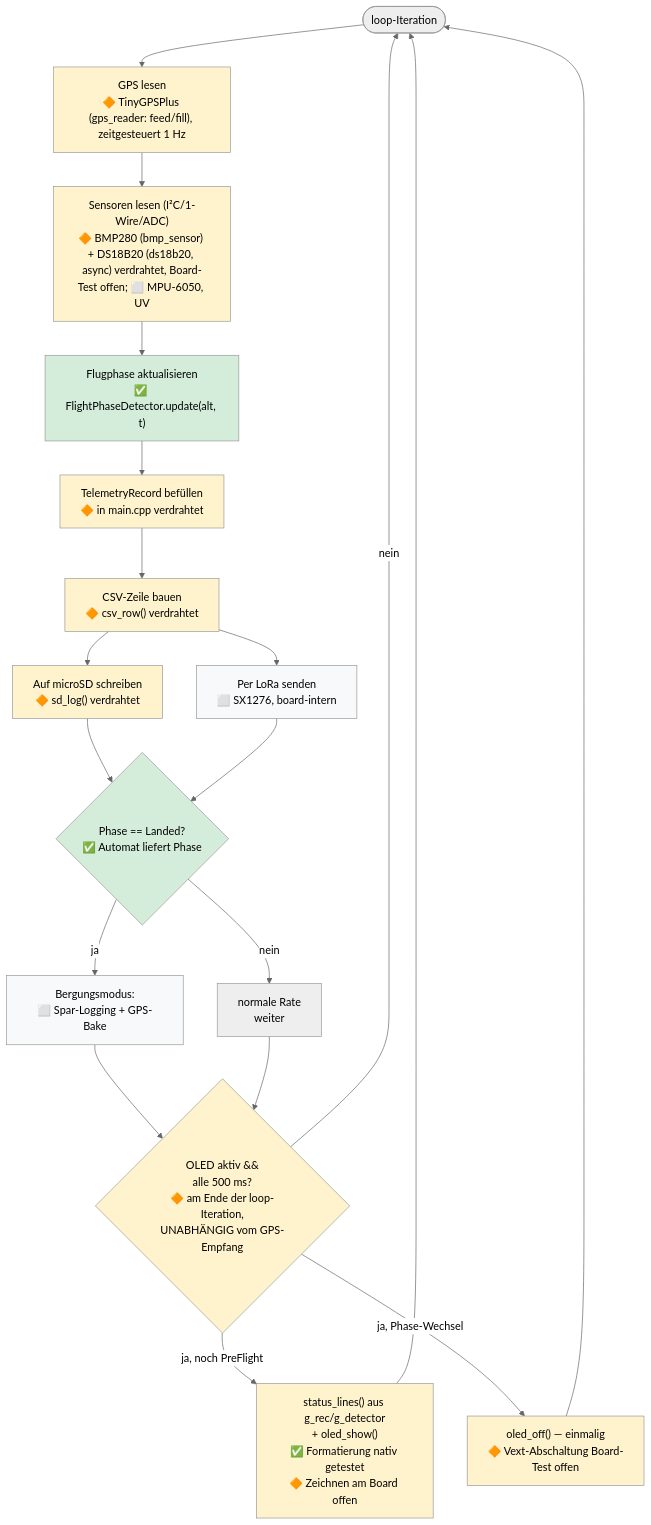
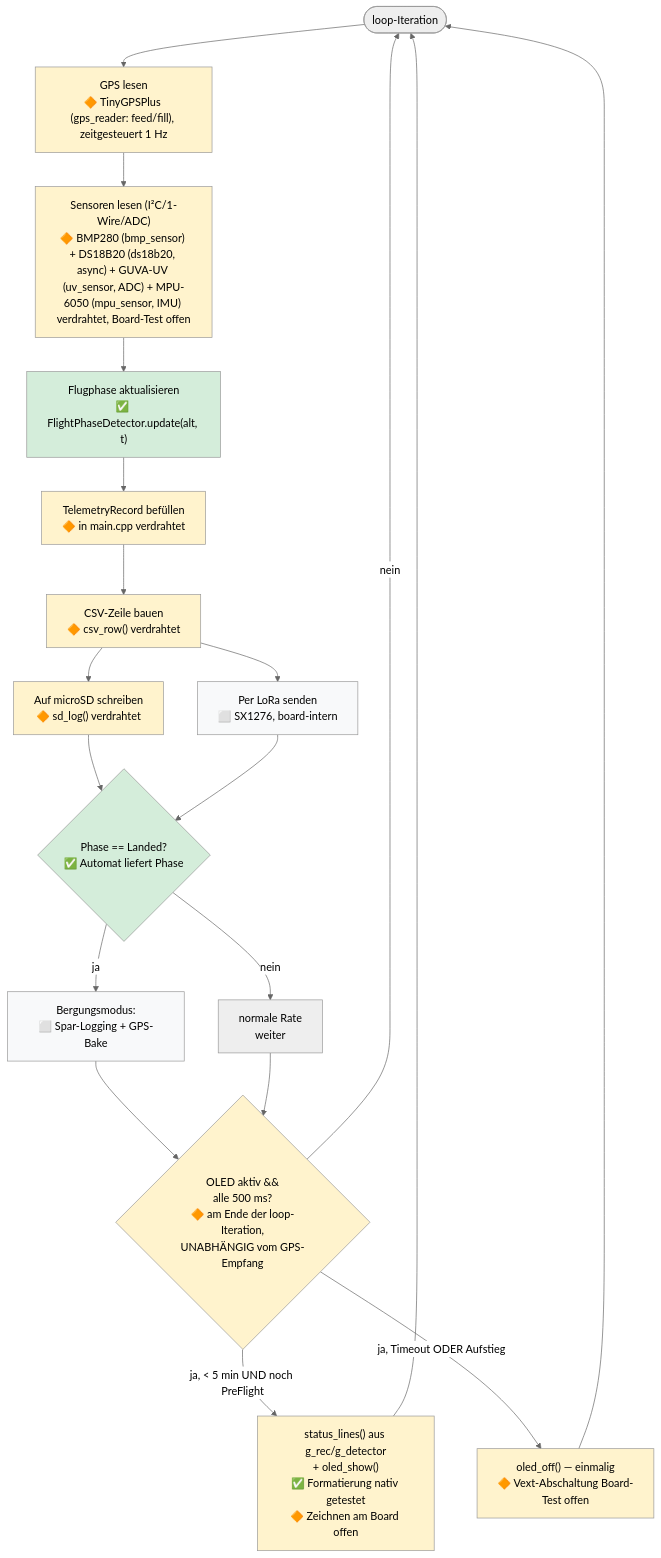
The fourth of 6 diagrams in docs/software-flow.md (rhoentier/weather_balloon), drawn with Mermaid (neutral theme) before and after one commit. The commit also changed other lines of this file and 7 other files, not shown here.

First line of the commit message:
feat(flight): MPU-6050 + UV-Sensor anbinden; GPS-Log-Intervall auf 5 s

````diff
--- a/docs/software-flow.md
+++ b/docs/software-flow.md
@@ -138,41 +143,41 @@
 ```mermaid
 flowchart TD
     L([loop-Iteration]) --> READ_GPS["GPS lesen<br/>🔶 TinyGPSPlus (gps_reader: feed/fill), zeitgesteuert 1 Hz"]
-    READ_GPS --> READ_SENS["Sensoren lesen (I²C/1-Wire/ADC)<br/>🔶 BMP280 (bmp_sensor) + DS18B20 (ds18b20, async) verdrahtet, Board-Test offen; ⬜ MPU-6050, UV"]
+    READ_GPS --> READ_SENS["Sensoren lesen (I²C/1-Wire/ADC)<br/>🔶 BMP280 (bmp_sensor) + DS18B20 (ds18b20, async) + GUVA-UV (uv_sensor, ADC) + MPU-6050 (mpu_sensor, IMU) verdrahtet, Board-Test offen"]
 
     READ_SENS --> PHASE["Flugphase aktualisieren<br/>✅ FlightPhaseDetector.update(alt, t)"]
     PHASE --> BUILD["TelemetryRecord befüllen<br/>🔶 in main.cpp verdrahtet"]
 
     BUILD --> CSV["CSV-Zeile bauen<br/>🔶 csv_row() verdrahtet"]
 
     CSV --> SD["Auf microSD schreiben<br/>🔶 sd_log() verdrahtet"]
     CSV --> LORA["Per LoRa senden<br/>⬜ SX1276, board-intern"]
 
     SD --> RATE{"Phase == Landed?<br/>✅ Automat liefert Phase"}
     LORA --> RATE
     RATE -->|ja| SLOW["Bergungsmodus:<br/>⬜ Spar-Logging + GPS-Bake"]
     RATE -->|nein| FAST["normale Rate<br/>weiter"]
 
     SLOW --> OLED
     FAST --> OLED
 
     OLED{"OLED aktiv &&<br/>alle 500 ms?<br/>🔶 am Ende der loop-Iteration,<br/>UNABHÄNGIG vom GPS-Empfang"}
     OLED -->|nein| L
-    OLED -->|ja, noch PreFlight| SHOW["status_lines() aus g_rec/g_detector<br/>+ oled_show()<br/>✅ Formatierung nativ getestet<br/>🔶 Zeichnen am Board offen"]
-    OLED -->|ja, Phase-Wechsel| OFF["oled_off() — einmalig<br/>🔶 Vext-Abschaltung Board-Test offen"]
+    OLED -->|"ja, < 5 min UND noch PreFlight"| SHOW["status_lines() aus g_rec/g_detector<br/>+ oled_show()<br/>✅ Formatierung nativ getestet<br/>🔶 Zeichnen am Board offen"]
+    OLED -->|"ja, Timeout ODER Aufstieg"| OFF["oled_off() — einmalig<br/>🔶 Vext-Abschaltung Board-Test offen"]
     SHOW --> L
     OFF --> L
 
     style PHASE fill:#d4edda
     style BUILD fill:#fff3cd
     style CSV fill:#fff3cd
     style RATE fill:#d4edda
     style READ_GPS fill:#fff3cd
     style READ_SENS fill:#fff3cd
     style SD fill:#fff3cd
     style LORA fill:#f8f9fa
     style SLOW fill:#f8f9fa
     style OLED fill:#fff3cd
     style SHOW fill:#fff3cd
     style OFF fill:#fff3cd
 ```
````
